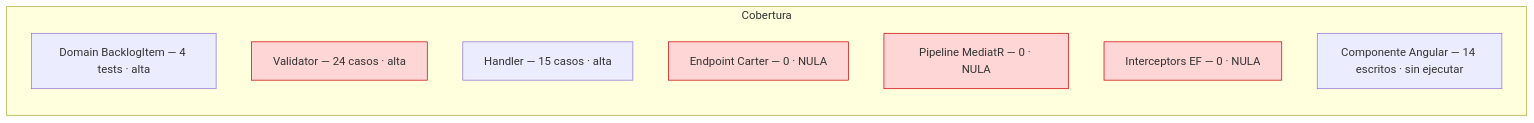
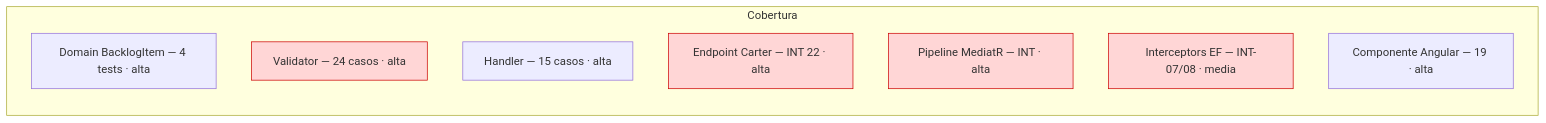
Before and after one commit to pauloravicaceres/tech-work-hub: the fourth of 4 diagrams in documents/qa-auto/qa-report.md, drawn with Mermaid. The commit also changed other lines of this file and 1 other file, not shown here.

````diff
--- a/documents/qa-auto/qa-report.md
+++ b/documents/qa-auto/qa-report.md
@@ -120,17 +125,17 @@
 ```mermaid
 flowchart LR
   subgraph Cobertura
     D[Domain BacklogItem — 4 tests · alta]
     V[Validator — 24 casos · alta]
     H[Handler — 15 casos · alta]
-    E[Endpoint Carter — 0 · NULA]
-    P[Pipeline MediatR — 0 · NULA]
-    I[Interceptors EF — 0 · NULA]
-    F[Componente Angular — 14 escritos · sin ejecutar]
+    E[Endpoint Carter — INT 22 · alta]
+    P[Pipeline MediatR — INT · alta]
+    I[Interceptors EF — INT-07/08 · media]
+    F[Componente Angular — 19 · alta]
   end
   V:::hot
   P:::hot
   I:::hot
   E:::hot
   classDef hot fill:#ffd6d6,stroke:#c00;
 ```
````
